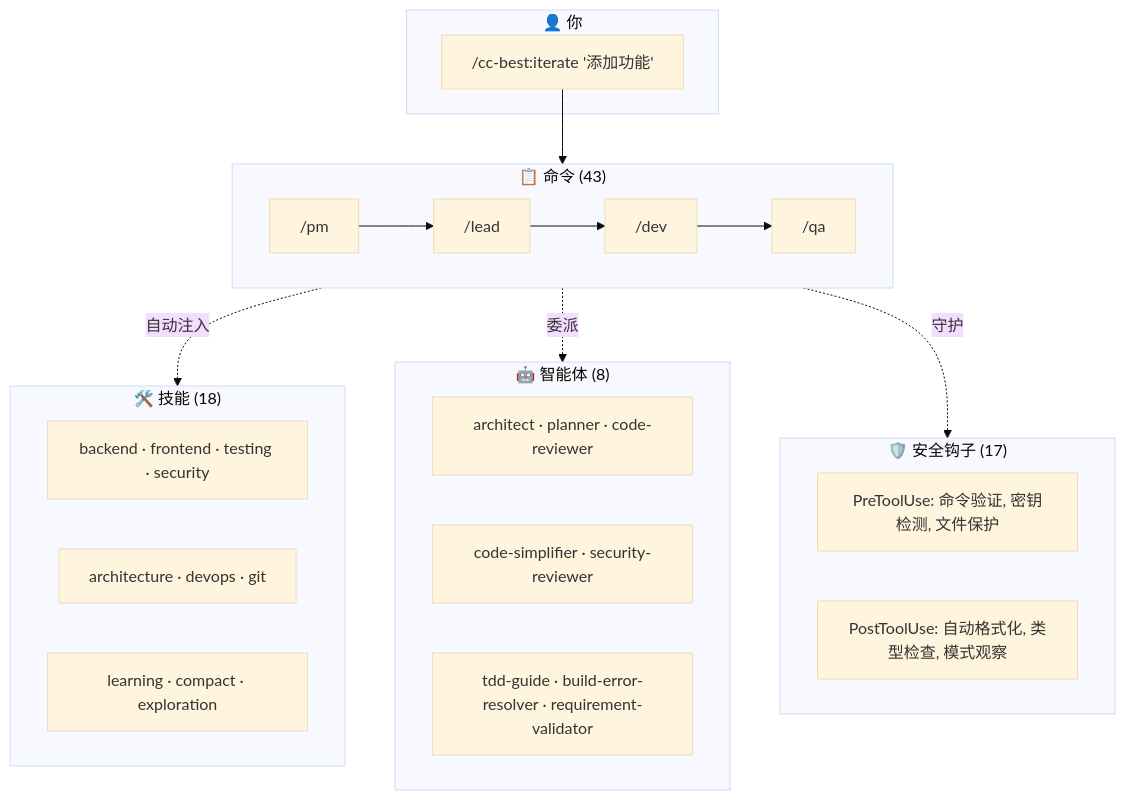
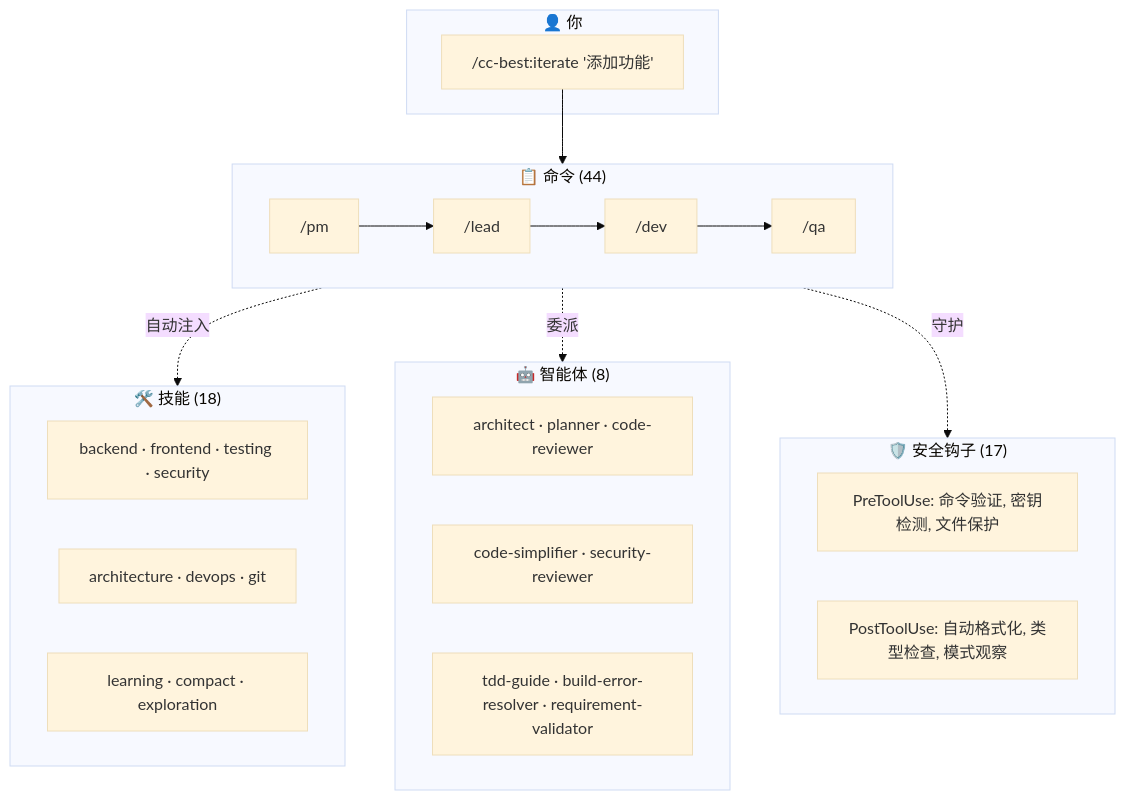
Before and after one commit to xiaobei930/claude-code-best-practices: the second of 2 diagrams in README.zh-CN.md, drawn with Mermaid (base theme). The commit also changed other lines of this file and 18 other files, not shown here.

````diff
--- a/README.zh-CN.md
+++ b/README.zh-CN.md
@@ -345,32 +345,32 @@
 ```mermaid
 flowchart TB
     subgraph User["👤 你"]
         CMD["/cc-best:iterate '添加功能'"]
     end
 
-    subgraph Commands["📋 命令 (43)"]
+    subgraph Commands["📋 命令 (44)"]
         PM["/pm"] --> Lead["/lead"] --> Dev["/dev"] --> QA["/qa"]
     end
 
     subgraph Skills["🛠️ 技能 (18)"]
         S1["backend · frontend · testing · security"]
         S2["architecture · devops · git"]
         S3["learning · compact · exploration"]
     end
 
     subgraph Agents["🤖 智能体 (8)"]
         A1["architect · planner · code-reviewer"]
         A2["code-simplifier · security-reviewer"]
         A3["tdd-guide · build-error-resolver · requirement-validator"]
     end
 
     subgraph Safety["🛡️ 安全钩子 (17)"]
         H1["PreToolUse: 命令验证, 密钥检测, 文件保护"]
         H2["PostToolUse: 自动格式化, 类型检查, 模式观察"]
     end
 
     CMD --> Commands
     Commands -.->|"自动注入"| Skills
     Commands -.->|"委派"| Agents
     Commands -.->|"守护"| Safety
 ```
````
